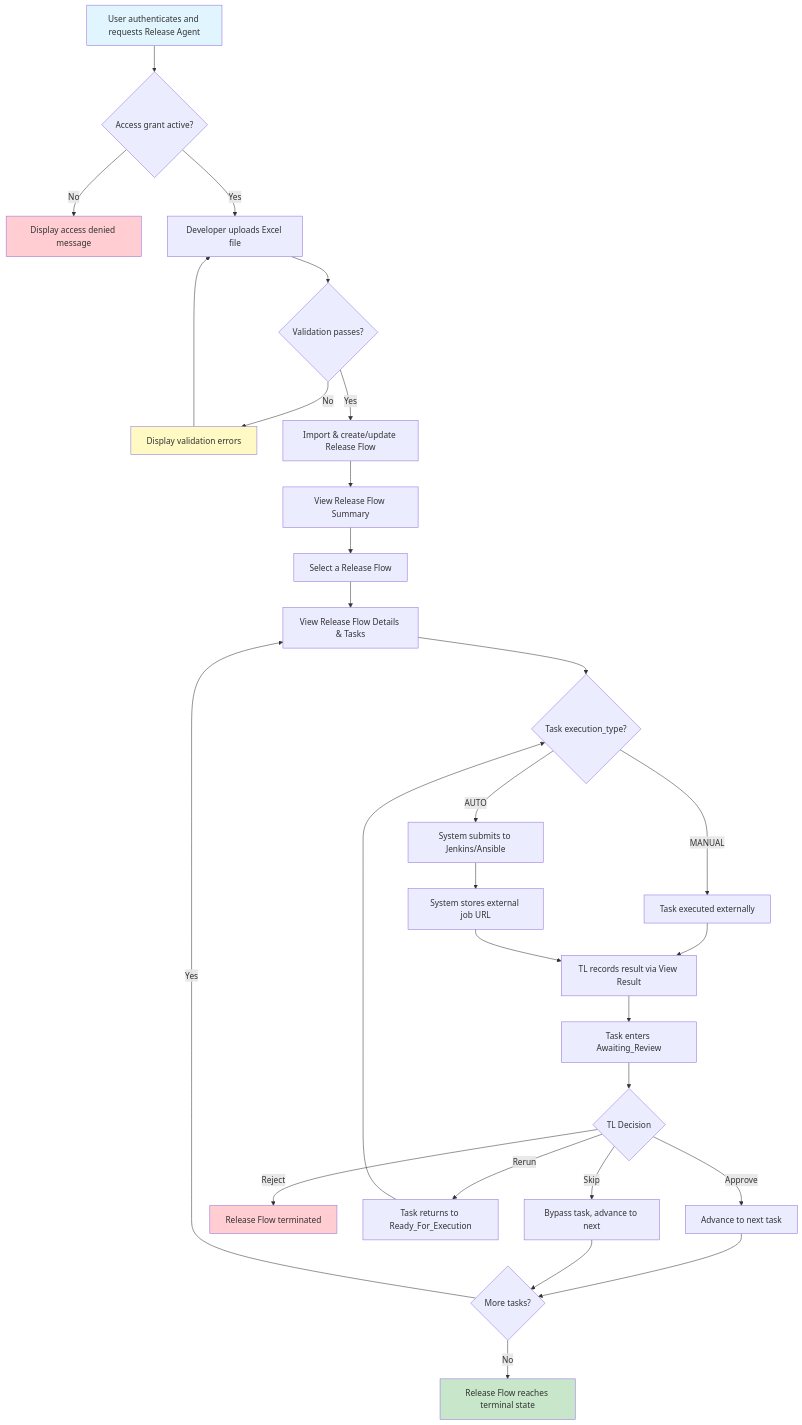
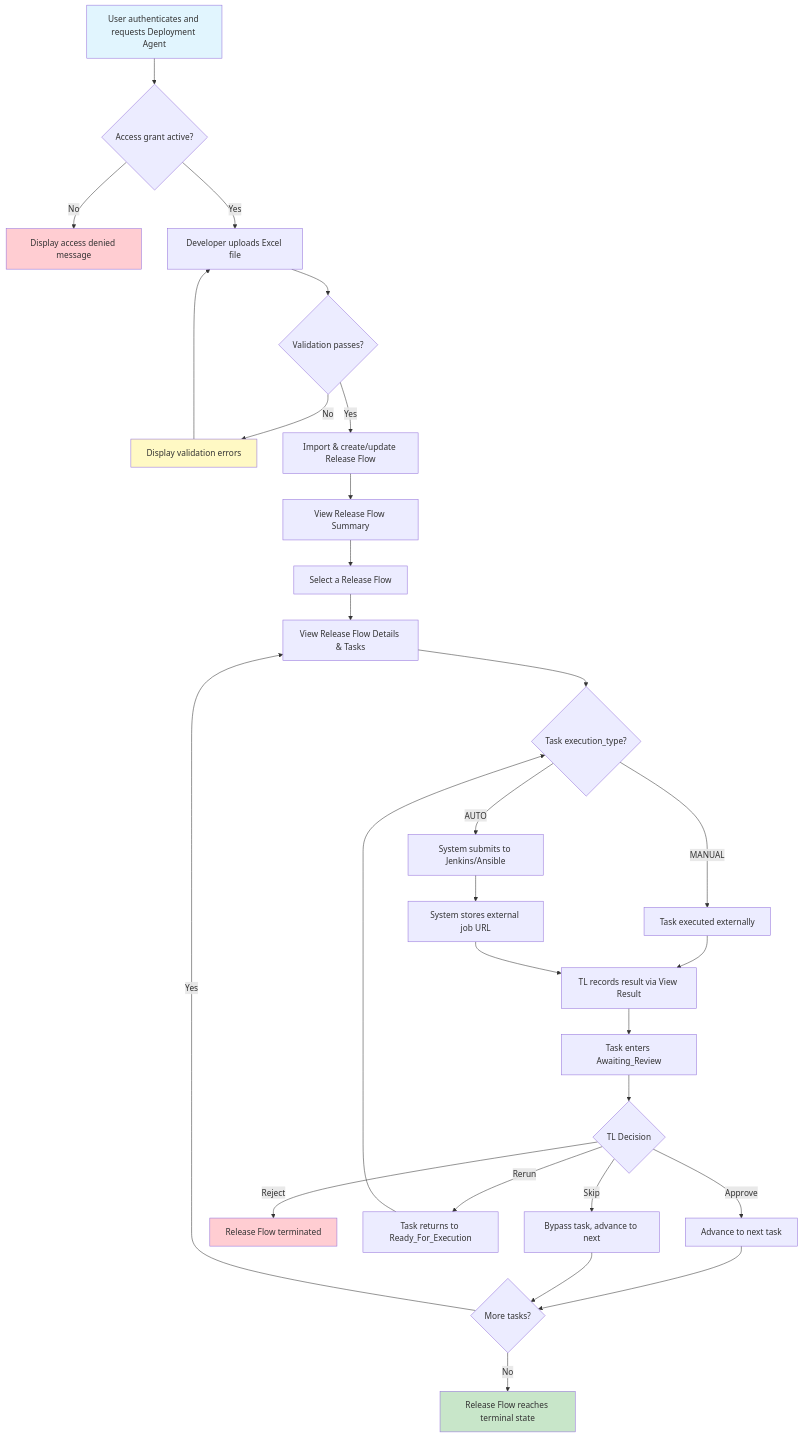
One commit to wwa-lab/deployment-agent changed the diagram in docs/03-spec/spec.md. Above: the diagram before and after it, drawn with Mermaid. The commit also changed other lines of this file and 23 other files, not shown here.

First line of the commit message:
docs: update documents for template-based rundown creation and rename to Deployment Agent

````diff
--- a/docs/03-spec/spec.md
+++ b/docs/03-spec/spec.md
@@ -410,39 +410,39 @@
 ```mermaid
 flowchart TD
-    A[User authenticates and requests Release Agent] --> A1{Access grant active?}
+    A[User authenticates and requests Deployment Agent] --> A1{Access grant active?}
     A1 -- No --> A2[Display access denied message]
     A1 -- Yes --> B[Developer uploads Excel file]
     B --> C{Validation passes?}
     C -- No --> D[Display validation errors]
     D --> B
     C -- Yes --> E[Import & create/update Release Flow]
     E --> F[View Release Flow Summary]
     F --> G[Select a Release Flow]
     G --> H[View Release Flow Details & Tasks]
     H --> I{Task execution_type?}
 
     I -- MANUAL --> J[Task executed externally]
     J --> K[TL records result via View Result]
     I -- AUTO --> L[System submits to Jenkins/Ansible]
     L --> M[System stores external job URL]
     M --> K
 
     K --> N[Task enters Awaiting_Review]
     N --> O{TL Decision}
     O -- Approve --> P[Advance to next task]
     O -- Reject --> Q[Release Flow terminated]
     O -- Rerun --> R[Task returns to Ready_For_Execution]
     R --> I
     O -- Skip --> S[Bypass task, advance to next]
 
     P --> T{More tasks?}
     S --> T
     T -- Yes --> H
     T -- No --> U[Release Flow reaches terminal state]
 
     style A fill:#e1f5fe
     style A2 fill:#ffcdd2
     style U fill:#c8e6c9
     style Q fill:#ffcdd2
     style D fill:#fff9c4
 ```
````
